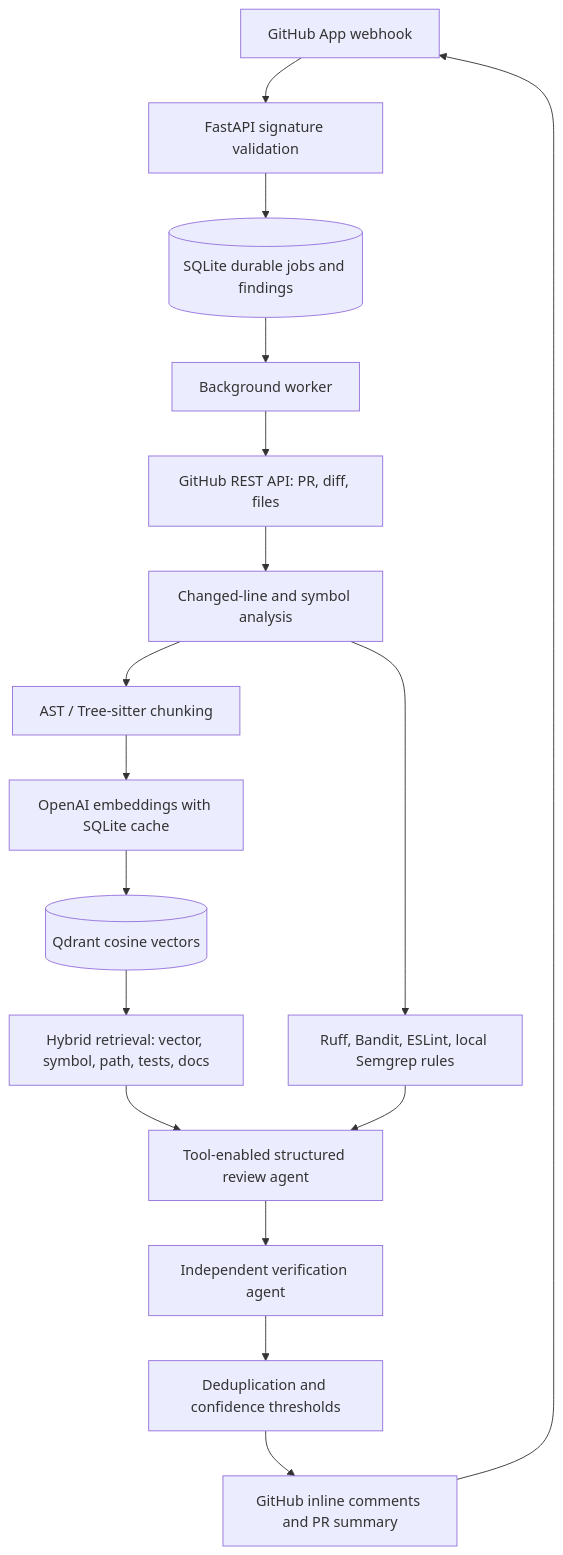
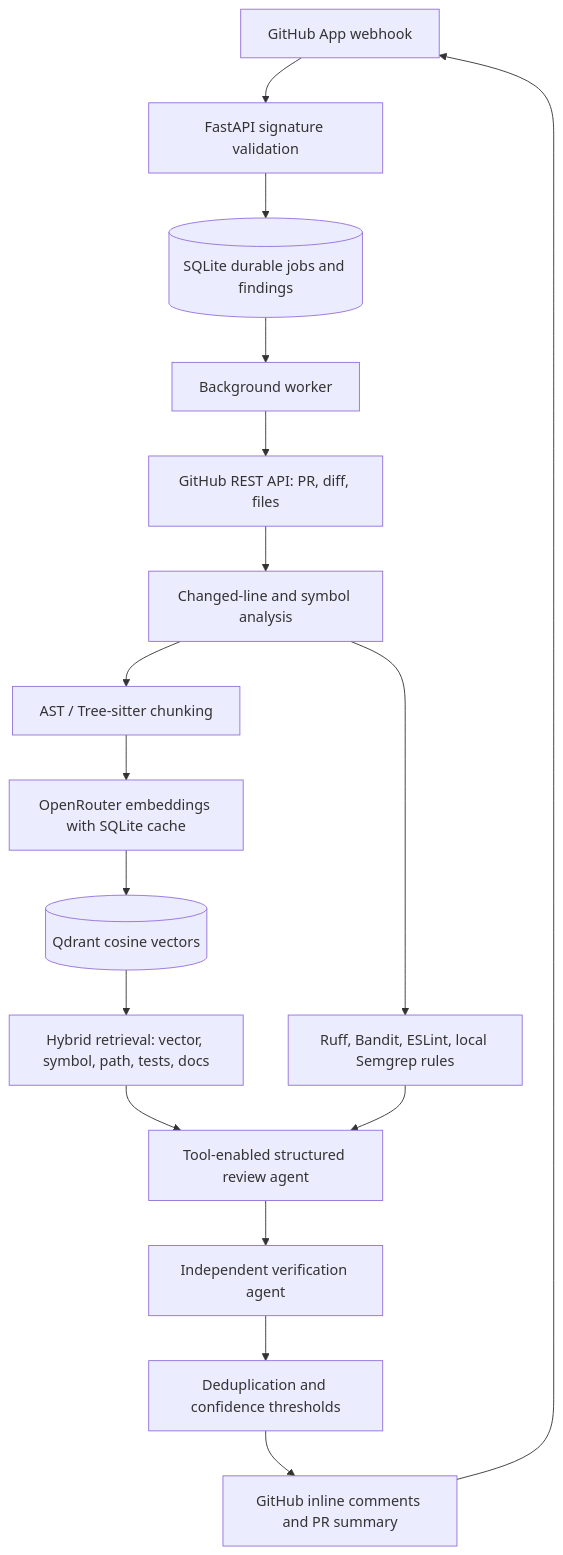
The diagram in PR-review-agent/README.md (aakash665/PR-Review-Agent), drawn with Mermaid before and after one commit. The commit also changed other lines of this file and 12 other files, not shown here.

First line of the commit message:
Add OpenRouter Decisions API verification

````diff
--- a/PR-review-agent/README.md
+++ b/PR-review-agent/README.md
@@ -9,19 +9,19 @@
 ```mermaid
 flowchart TD
     GH[GitHub App webhook] --> API[FastAPI signature validation]
     API --> DB[(SQLite durable jobs and findings)]
     DB --> Worker[Background worker]
     Worker --> GHAPI[GitHub REST API: PR, diff, files]
     GHAPI --> Diff[Changed-line and symbol analysis]
     Diff --> Index[AST / Tree-sitter chunking]
-    Index --> Embed[OpenAI embeddings with SQLite cache]
+    Index --> Embed[OpenRouter embeddings with SQLite cache]
     Embed --> Q[(Qdrant cosine vectors)]
     Q --> Hybrid[Hybrid retrieval: vector, symbol, path, tests, docs]
     Diff --> Static[Ruff, Bandit, ESLint, local Semgrep rules]
     Hybrid --> Review[Tool-enabled structured review agent]
     Static --> Review
     Review --> Verify[Independent verification agent]
     Verify --> Dedup[Deduplication and confidence thresholds]
     Dedup --> Publish[GitHub inline comments and PR summary]
     Publish --> GH
 ```
````
